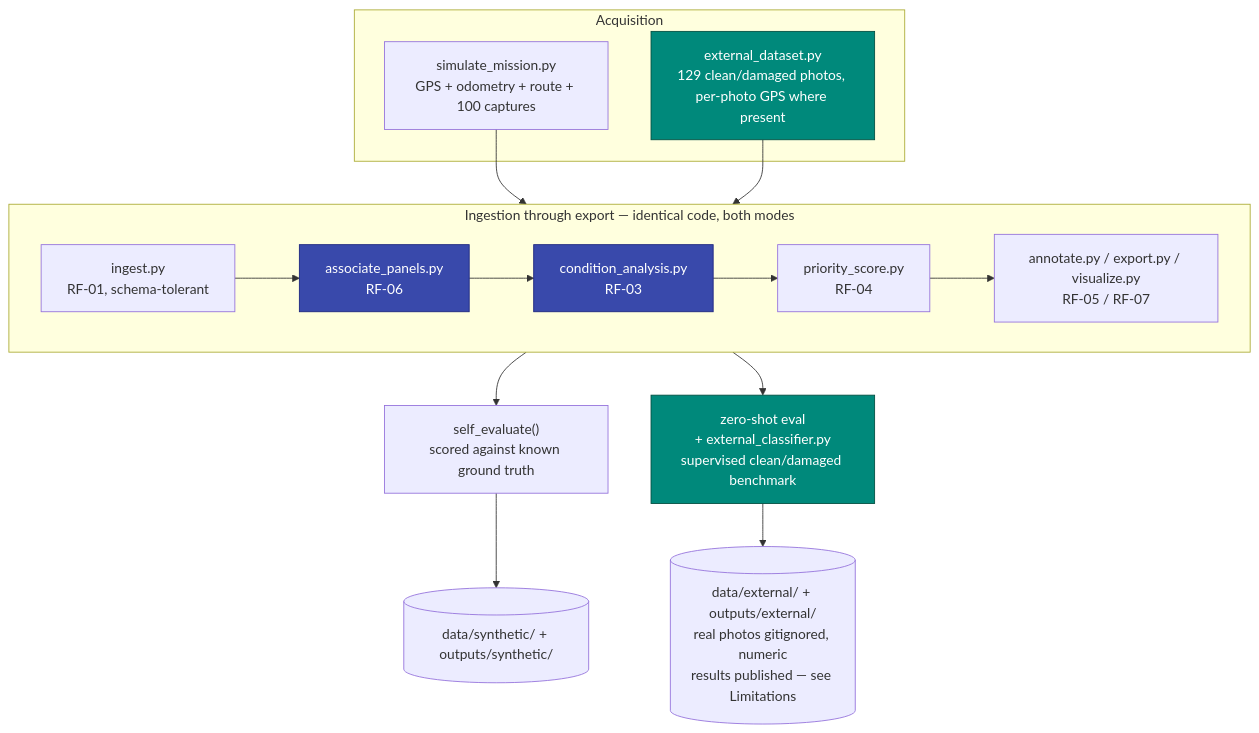
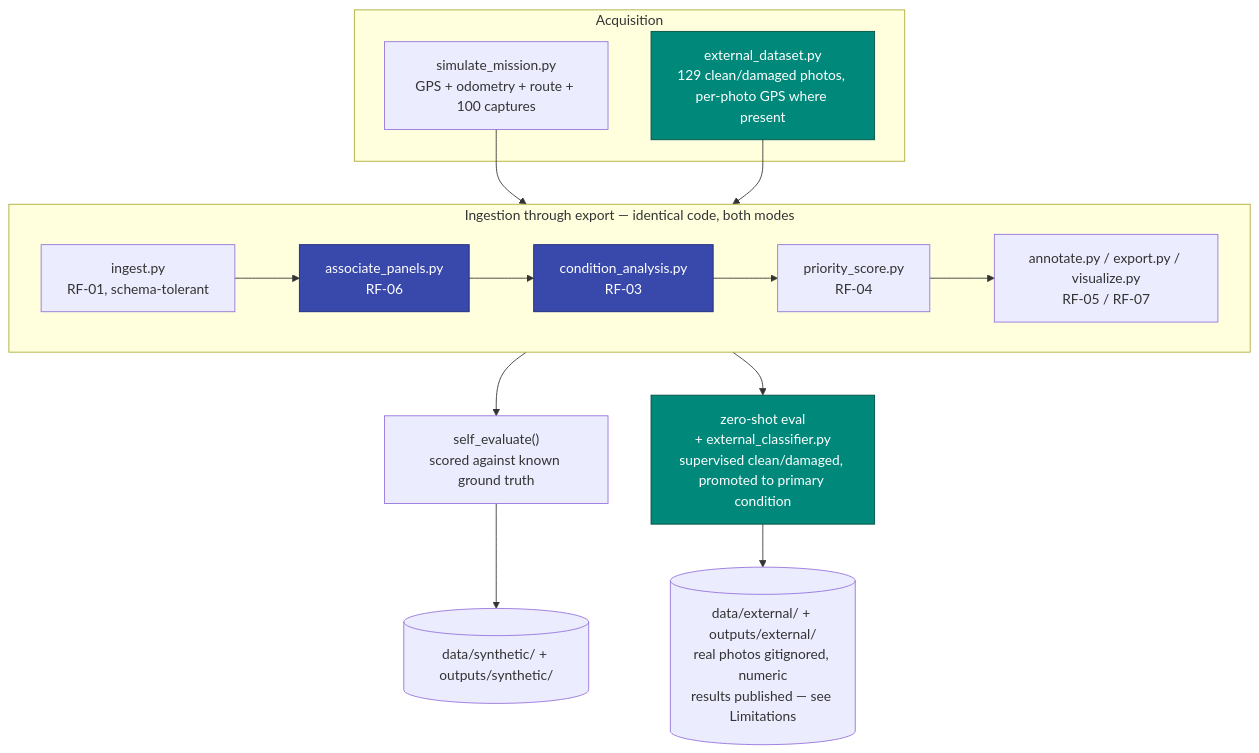
One commit to mohammedryn/Sunnybotics---solar-panel-condition-mapping changed the first of 3 diagrams in README.md. Above: the diagram before and after it, drawn with Mermaid. The commit also changed other lines of this file and 2 other files, not shown here.

First line of the commit message:
Document primary-condition promotion in report and README

````diff
--- a/README.md
+++ b/README.md
@@ -59,26 +59,26 @@
 ```mermaid
 flowchart TD
     subgraph ACQ["Acquisition"]
         A1["simulate_mission.py\nGPS + odometry + route + 100 captures"]
         A2["external_dataset.py\n129 clean/damaged photos, per-photo GPS where present"]
     end
 
     A1 --> SHARED
     A2 --> SHARED
 
     subgraph SHARED["Ingestion through export — identical code, both modes"]
         direction LR
         B["ingest.py\nRF-01, schema-tolerant"] --> C["associate_panels.py\nRF-06"] --> D["condition_analysis.py\nRF-03"] --> E["priority_score.py\nRF-04"] --> F["annotate.py / export.py / visualize.py\nRF-05 / RF-07"]
     end
 
     F --> EV1["self_evaluate()\nscored against known ground truth"]
-    F --> EV2["zero-shot eval\n+ external_classifier.py\nsupervised clean/damaged benchmark"]
+    F --> EV2["zero-shot eval\n+ external_classifier.py\nsupervised clean/damaged, promoted to primary condition"]
 
     EV1 --> O1[("data/synthetic/ + outputs/synthetic/")]
     EV2 --> O2[("data/external/ + outputs/external/\nreal photos gitignored, numeric\nresults published — see Limitations")]
 
     classDef core fill:#3949ab,color:#fff,stroke:#1a237e
     classDef diff fill:#00897b,color:#fff,stroke:#004d40
     class C,D core
     class A2,EV2 diff
 ```
````
